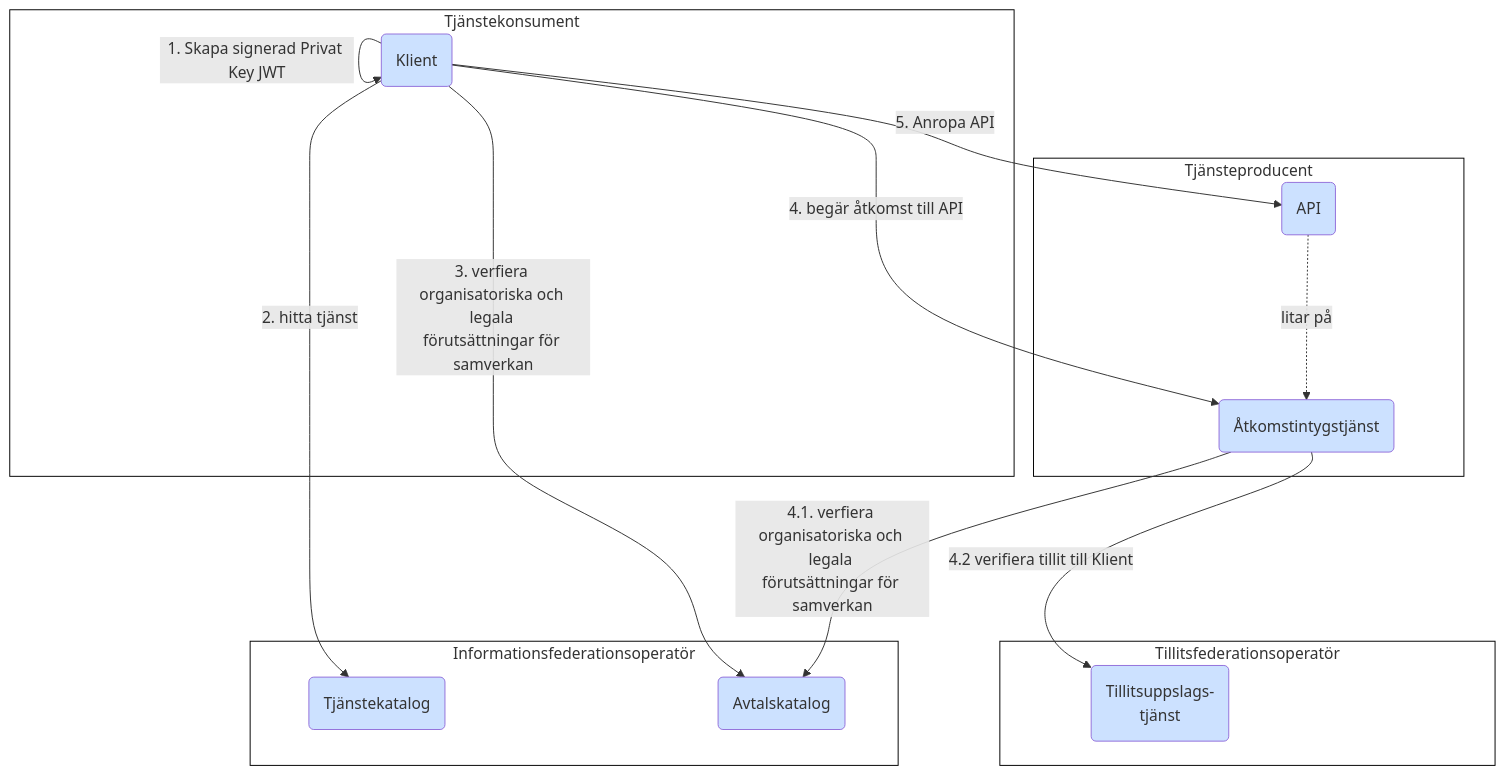
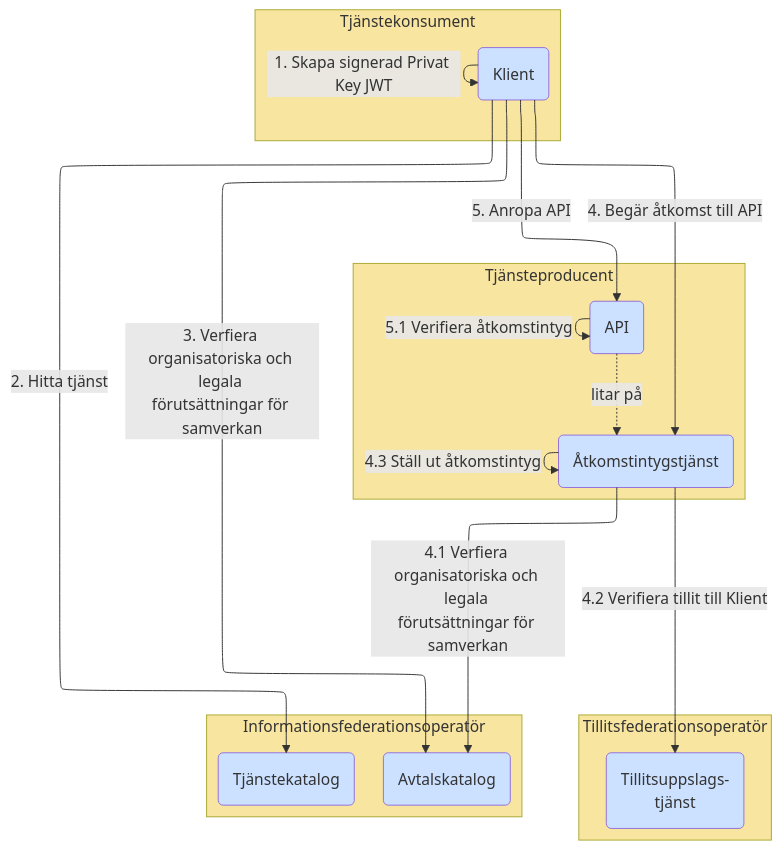
One commit to diggsweden/ena-authorization changed the second of 9 diagrams in architecture/drafts/IAM_TargetArchitecture_Sweden.md. Above: the diagram before and after it, drawn with Mermaid. The commit also changed other lines of this file, not shown here.

Commit message:
Testar ny mermaid-rendrerare "elk"

````diff
--- a/architecture/drafts/IAM_TargetArchitecture_Sweden.md
+++ b/architecture/drafts/IAM_TargetArchitecture_Sweden.md
@@ -75,38 +75,40 @@
 ```mermaid
+%%{init: {"flowchart": {"defaultRenderer": "elk"}} }%%
 graph 
 classDef org fill:#F8E5A0
 classDef comp fill:#CCE1FF
 classDef box fill:#ffffff,stroke:#000000
 
 subgraph po[Tjänsteproducent]
     p(API):::comp
     as(Åtkomstintygstjänst):::comp
 end
-po:::box
+po:::org
 
 subgraph ss[Tillitsfederationsoperatör]
     t(Tillitsuppslags-<br>tjänst):::comp
 end
-ss:::box
+ss:::org
 
 subgraph so[Informationsfederationsoperatör]
     tk(Tjänstekatalog):::comp
     ak(Avtalskatalog):::comp
 end
-so:::box
+so:::org
 
 subgraph co[Tjänstekonsument]
     c(Klient):::comp
 end
-co:::box
-co & po~~~so & ss
+co:::org
 
 c--<p>1. Skapa signerad Privat Key JWT-->c
-c--<p>2. hitta tjänst-->tk
-c--<p>3. verfiera organisatoriska och legala <br>förutsättningar för samverkan-->ak
-c--<p>4. begär åtkomst till API-->as
-as--<p>4.1. verfiera organisatoriska och legala <br>förutsättningar för samverkan-->ak
-as--<p>4.2 verifiera tillit till Klient-->t
+c--<p>2. Hitta tjänst-->tk
+c--<p>3. Verfiera organisatoriska och legala <br>förutsättningar för samverkan-->ak
+c--<p>4. Begär åtkomst till API-->as
+as--<p>4.1 Verfiera organisatoriska och legala <br>förutsättningar för samverkan-->ak
+as--<p>4.2 Verifiera tillit till Klient-->t
+as--<p>4.3 Ställ ut åtkomstintyg-->as
 c--<p>5. Anropa API-->p
+p--<p>5.1 Verifiera åtkomstintyg-->p
 p-.litar på.->as
 ```
````
